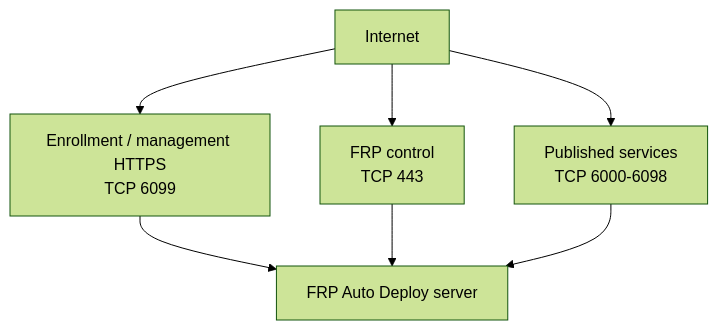
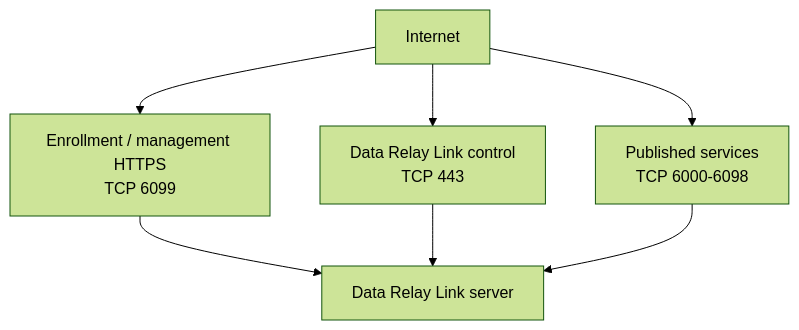
One commit to datarelay-labs/data-relay-link-docs changed the second of 5 diagrams in reference/architecture.mdx. Above: the diagram before and after it, drawn with Mermaid (forest theme). The commit also changed other lines of this file and 36 other files, not shown here.

````diff
--- a/reference/architecture.mdx
+++ b/reference/architecture.mdx
@@ -47,15 +47,15 @@
 ```mermaid
 flowchart TB
     I[Internet]
-    S[FRP Auto Deploy server]
+    S[Data Relay Link server]
     A[Enrollment / management HTTPS\nTCP 6099]
-    C[FRP control\nTCP 443]
+    C[Data Relay Link control\nTCP 443]
     P[Published services\nTCP 6000-6098]
 
     I --> A
     I --> C
     I --> P
     A --> S
     C --> S
     P --> S
 ```
````
